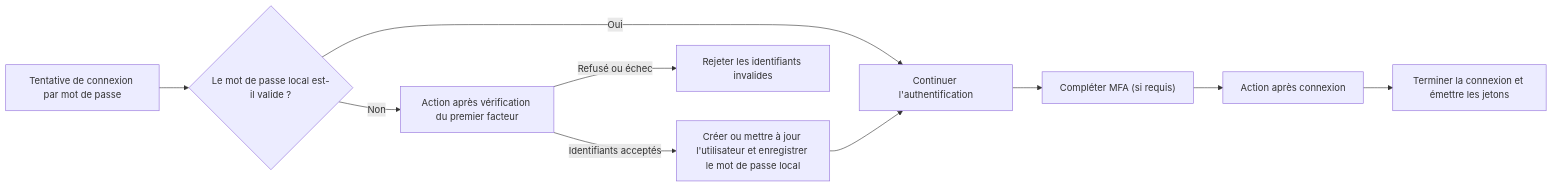
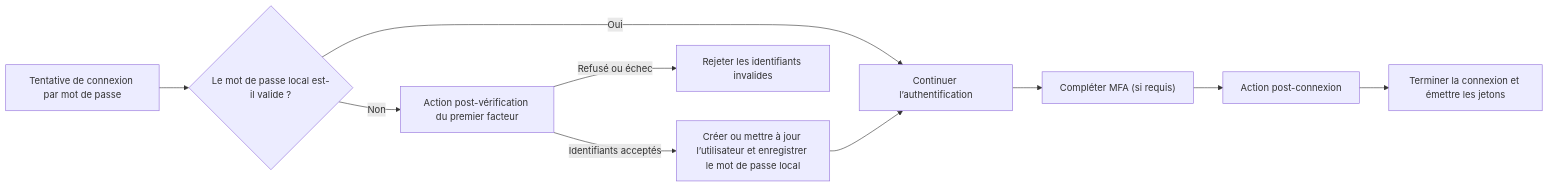
One commit to logto-io/docs changed the diagram in i18n/fr/docusaurus-plugin-content-docs/current/developers/actions/README.mdx. Above: the diagram before and after it, drawn with Mermaid. The commit also changed other lines of this file and 17 other files, not shown here.

````diff
--- a/i18n/fr/docusaurus-plugin-content-docs/current/developers/actions/README.mdx
+++ b/i18n/fr/docusaurus-plugin-content-docs/current/developers/actions/README.mdx
@@ -29,12 +29,12 @@
 ```mermaid
 flowchart LR
   A["Tentative de connexion par mot de passe"] --> B{"Le mot de passe local est-il valide ?"}
-  B -->|"Oui"| E["Continuer l'authentification"]
-  B -->|"Non"| C["Action après vérification du premier facteur"]
-  C -->|"Identifiants acceptés"| D["Créer ou mettre à jour l'utilisateur et enregistrer le mot de passe local"]
+  B -->|"Oui"| E["Continuer l’authentification"]
+  B -->|"Non"| C["Action post-vérification du premier facteur"]
+  C -->|"Identifiants acceptés"| D["Créer ou mettre à jour l’utilisateur et enregistrer le mot de passe local"]
   C -->|"Refusé ou échec"| X["Rejeter les identifiants invalides"]
   D --> E
   E --> F["Compléter MFA (si requis)"]
-  F --> G["Action après connexion"]
+  F --> G["Action post-connexion"]
   G --> H["Terminer la connexion et émettre les jetons"]
 ```
````
